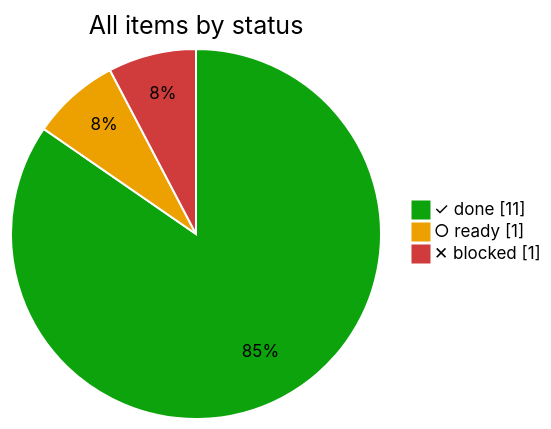
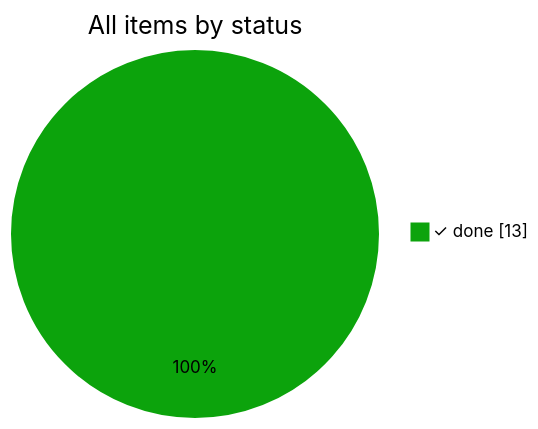
One commit to bvraghav/pmtrack changed the second of 5 diagrams in README.md. Above: the diagram before and after it, drawn with Mermaid. The commit also changed other lines of this file and 4 other files, not shown here.

````diff
--- a/README.md
+++ b/README.md
@@ -22,7 +22,5 @@
 ```mermaid
-%%{init: {"themeVariables": {"pie1": "#0ca30c", "pie2": "#eda100", "pie3": "#d03b3b", "pieOpacity": "1", "pieSectionTextColor": "#000", "pieStrokeColor": "#fff", "pieStrokeWidth": "2px", "pieOuterStrokeWidth": "0px"}}}%%
+%%{init: {"themeVariables": {"pie1": "#0ca30c", "pieOpacity": "1", "pieSectionTextColor": "#000", "pieStrokeColor": "#fff", "pieStrokeWidth": "2px", "pieOuterStrokeWidth": "0px"}}}%%
 pie showData title All items by status
-  "✓ done" : 11
-  "○ ready" : 1
-  "✕ blocked" : 1
+  "✓ done" : 13
 ```
````
